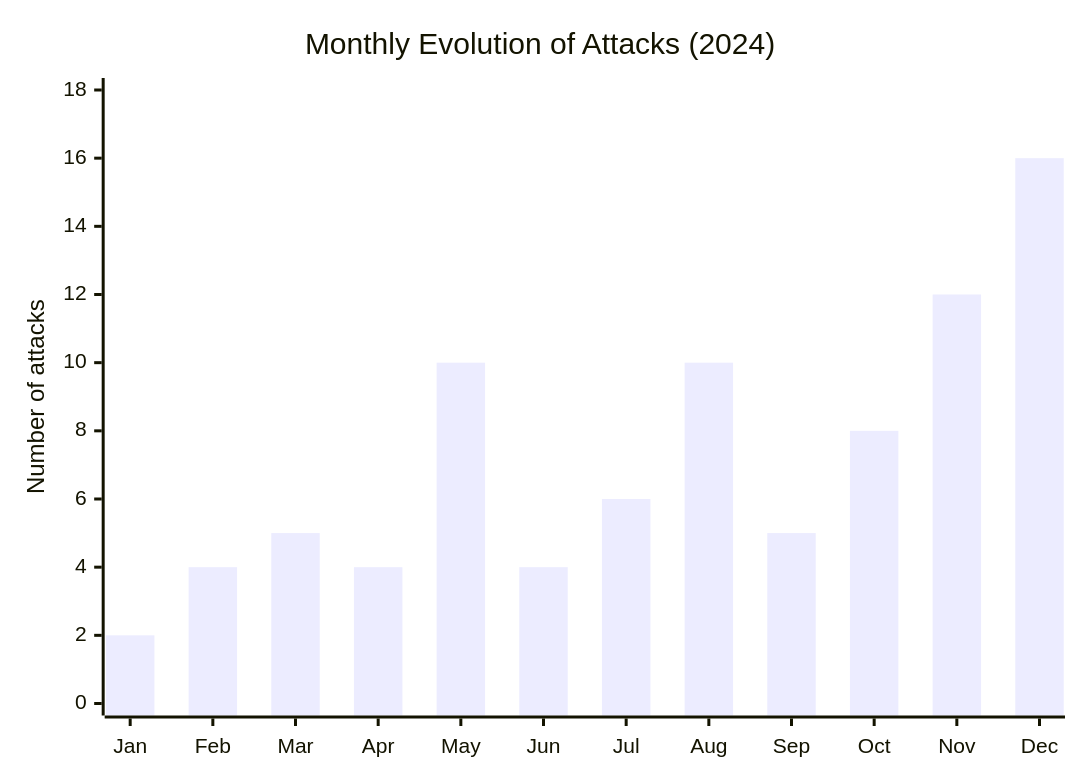
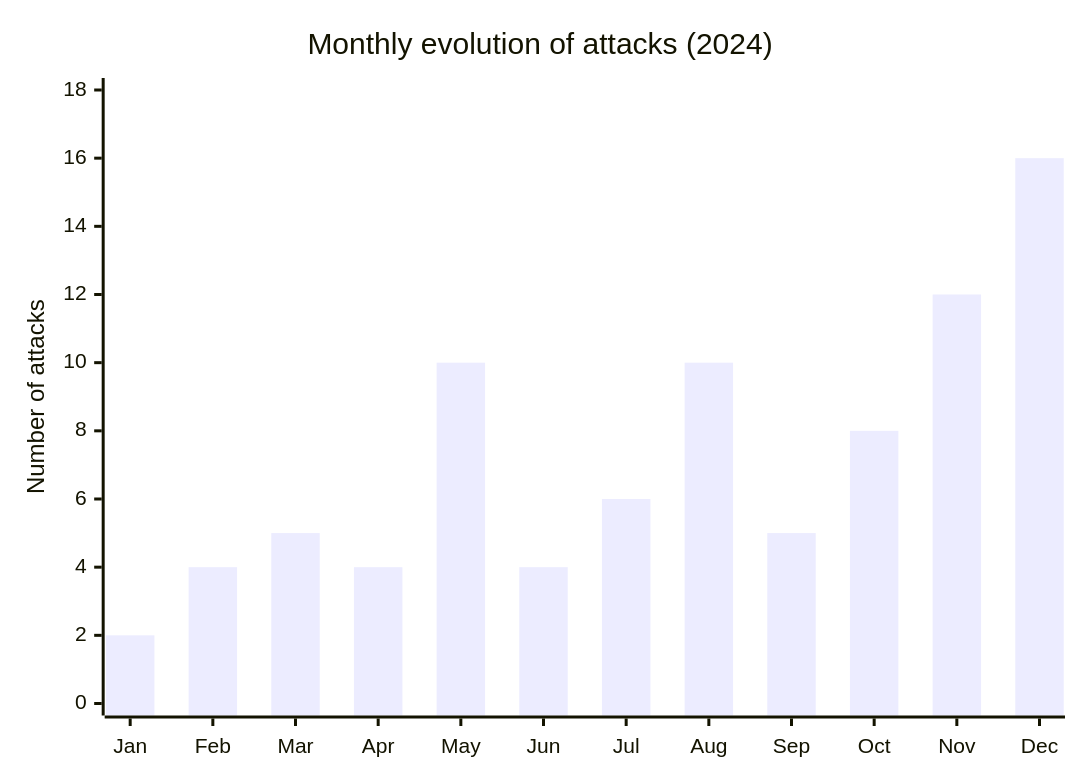
One commit to Hatchepsoute/AFRINTEL changed the fifth of 7 diagrams in CyberAttackAfrica/2024/README.md. Above: the diagram before and after it, drawn with Mermaid.

Commit message:
Rapport CTI Afrique année 2024

````diff
--- a/CyberAttackAfrica/2024/README.md
+++ b/CyberAttackAfrica/2024/README.md
@@ -228,7 +228,7 @@
 ```mermaid
 xychart-beta
-    title "Monthly Evolution of Attacks (2024)"
+    title "Monthly evolution of attacks (2024)"
     x-axis ["Jan", "Feb", "Mar", "Apr", "May", "Jun", "Jul", "Aug", "Sep", "Oct", "Nov", "Dec"]
     y-axis "Number of attacks" 0 --> 18
     bar [2, 4, 5, 4, 10, 4, 6, 10, 5, 8, 12, 16]
 ```
````
